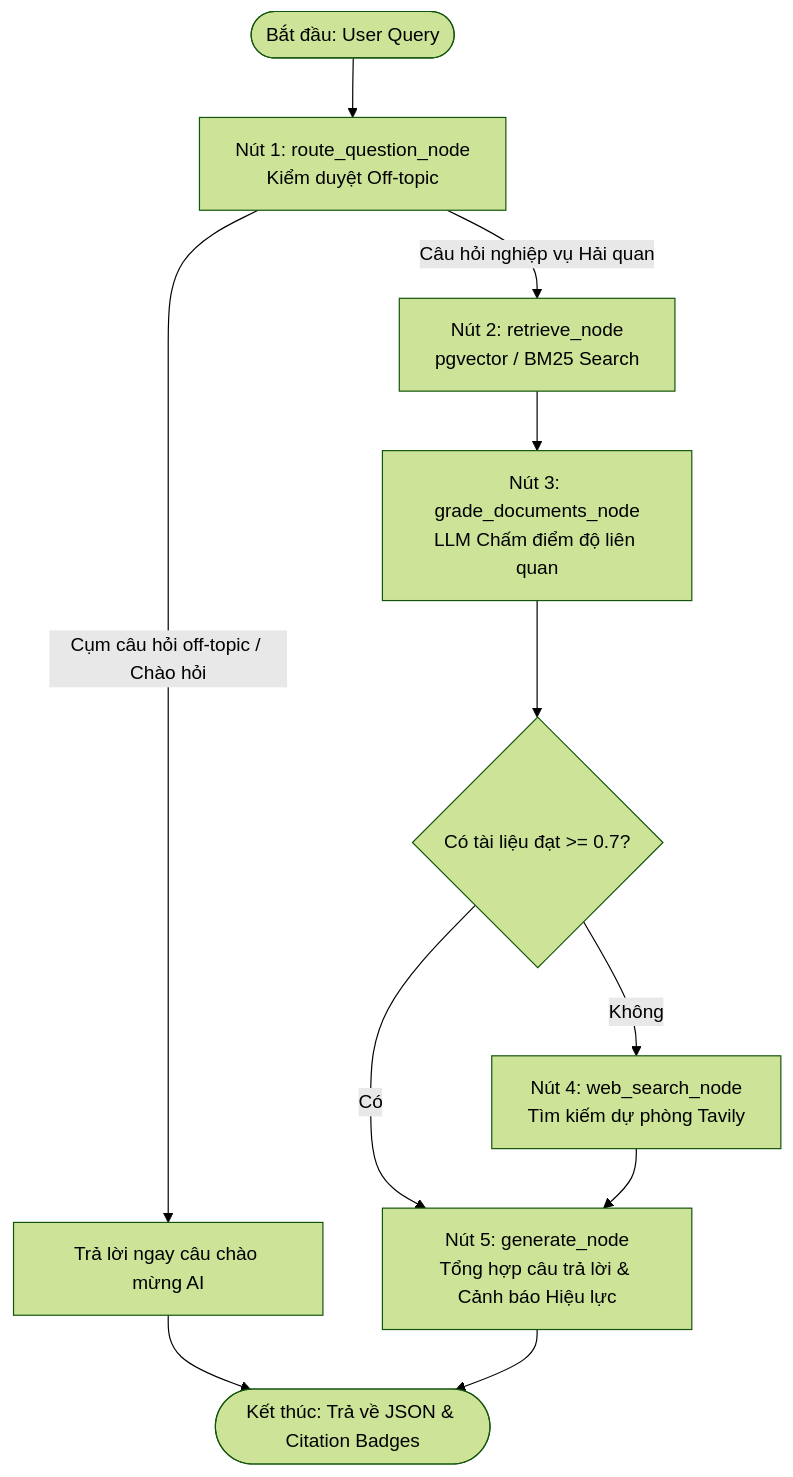
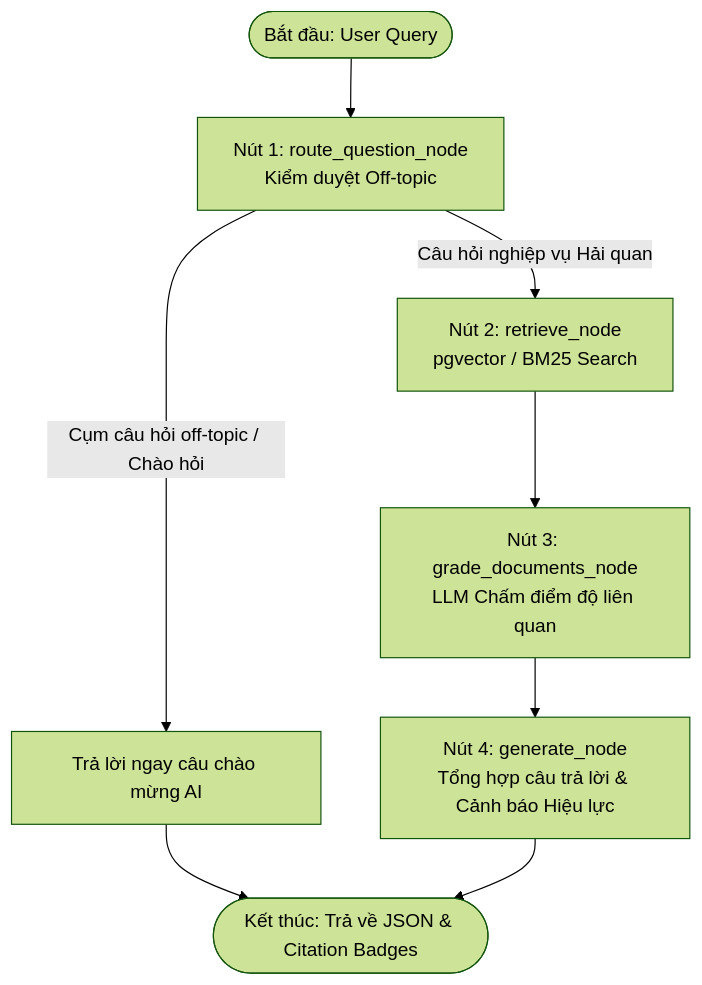
The diagram in README.md (Brozic2908/TRA-SAS-TEST), drawn with Mermaid (forest theme) before and after one commit. The commit also changed other lines of this file and 7 other files, not shown here.

Commit message:
Delete web search

````diff
--- a/README.md
+++ b/README.md
@@ -11,17 +11,14 @@
 ```mermaid
 graph TD
     Start([Bắt đầu: User Query]) --> Guard[Nút 1: route_question_node<br/>Kiểm duyệt Off-topic]
     
     Guard -- Cụm câu hỏi off-topic / Chào hỏi --> OffTopicAns[Trả lời ngay câu chào mừng AI]
     OffTopicAns --> End([Kết thúc: Trả về JSON & Citation Badges])
     
     Guard -- Câu hỏi nghiệp vụ Hải quan --> Retrieve[Nút 2: retrieve_node<br/>pgvector / BM25 Search]
     Retrieve --> Grade[Nút 3: grade_documents_node<br/>LLM Chấm điểm độ liên quan]
     
-    Grade --> Decision{Có tài liệu đạt >= 0.7?}
-    Decision -- Có --> Generate[Nút 5: generate_node<br/>Tổng hợp câu trả lời & Cảnh báo Hiệu lực]
-    Decision -- Không --> WebSearch[Nút 4: web_search_node<br/>Tìm kiếm dự phòng Tavily]
-    WebSearch --> Generate
+    Grade --> Generate[Nút 4: generate_node<br/>Tổng hợp câu trả lời & Cảnh báo Hiệu lực]
     
     Generate --> End
 ```
````
